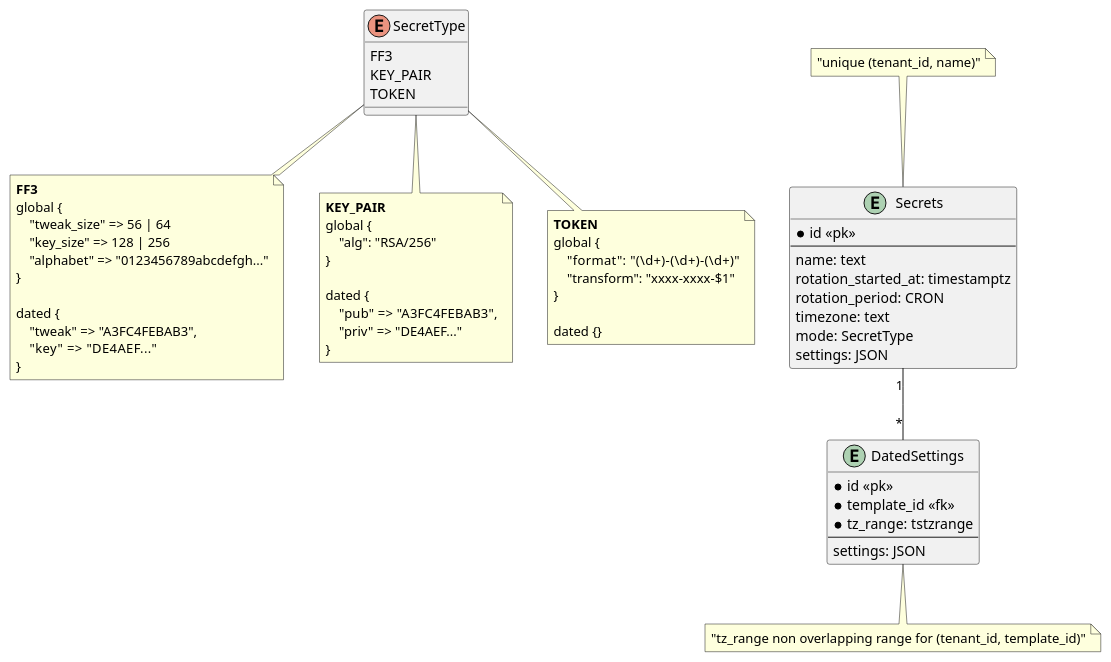
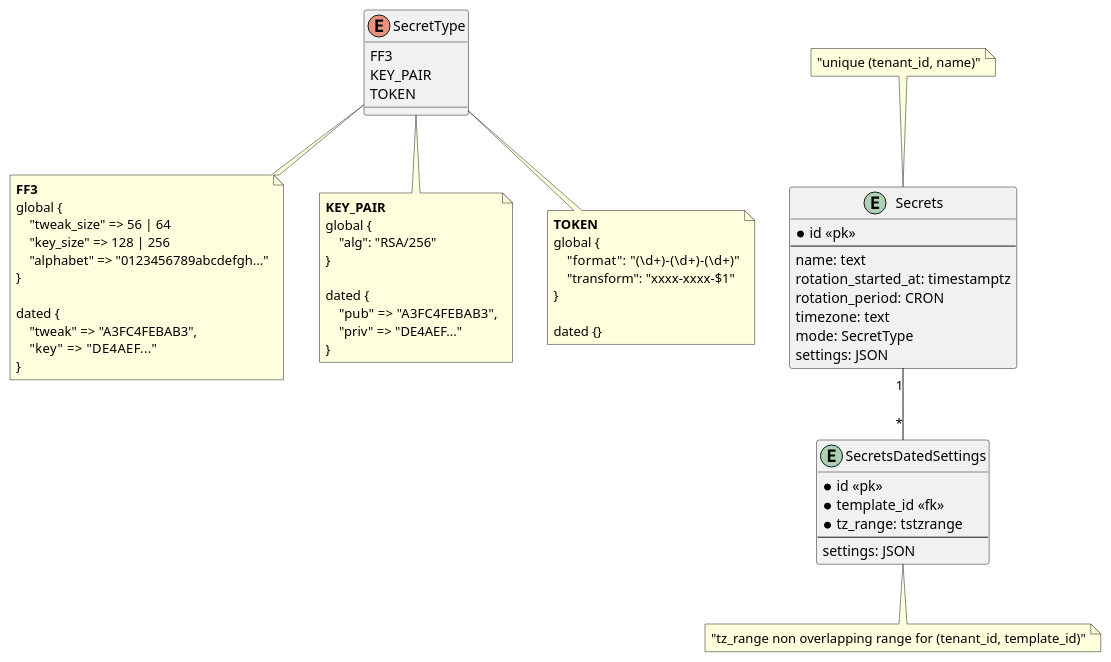
Before and after one commit to Arnauld/postgresql-playground: the first of 3 diagrams in docs/all.adoc, drawn with PlantUML. The commit also changed 7 other files, not shown here.

```diff
--- a/docs/all.adoc
+++ b/docs/all.adoc
@@ -29,71 +29,71 @@
 [plantuml,secrets-models,svg]
 ....
 enum SecretType {
     FF3
     KEY_PAIR
     TOKEN
 }
 
 note as FF3
 <b>FF3</b>
 global {
     "tweak_size" => 56 | 64
     "key_size" => 128 | 256
     "alphabet" => "0123456789abcdefgh..."
 }
 
 dated {
     "tweak" => "A3FC4FEBAB3",
     "key" =>   "DE4AEF..."
 }
 end note
 
 note as KEY_PAIR
 <b>KEY_PAIR</b>
 global {
     "alg": "RSA/256"
 }
 
 dated {
     "pub"  => "A3FC4FEBAB3",
     "priv" => "DE4AEF..."
 }
 end note
 
 note as TOKEN
 <b>TOKEN</b>
 global {
     "format":    "(\d+)-(\d+)-(\d+)"
     "transform": "xxxx-xxxx-$1"
 }
 
 dated {}
 end note
 
 SecretType .. FF3
 SecretType .. KEY_PAIR
 SecretType .. TOKEN
 
 entity Secrets {
     * id <<pk>>
     --
     name: text
     rotation_started_at: timestamptz
     rotation_period: CRON
     timezone: text
     mode: SecretType
     settings: JSON
 }
 note top: "unique (tenant_id, name)"
 
-entity DatedSettings {
+entity SecretsDatedSettings {
     * id <<pk>>
     * template_id <<fk>>
     * tz_range: tstzrange
     --
     settings: JSON
 }
 note bottom: "tz_range non overlapping range for (tenant_id, template_id)"
 
-Secrets "1" -- "*" DatedSettings
+Secrets "1" -- "*" SecretsDatedSettings
 ....
```
